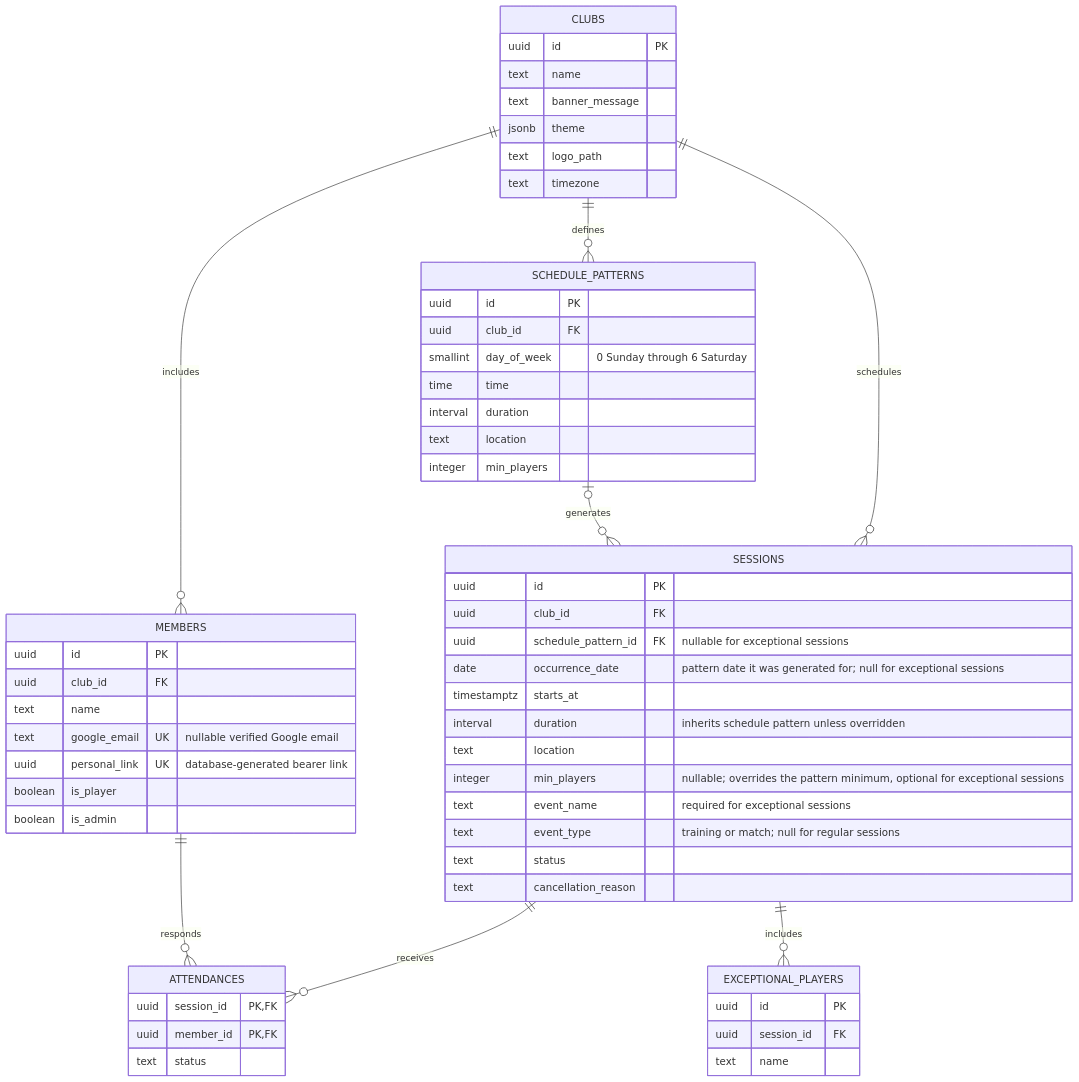
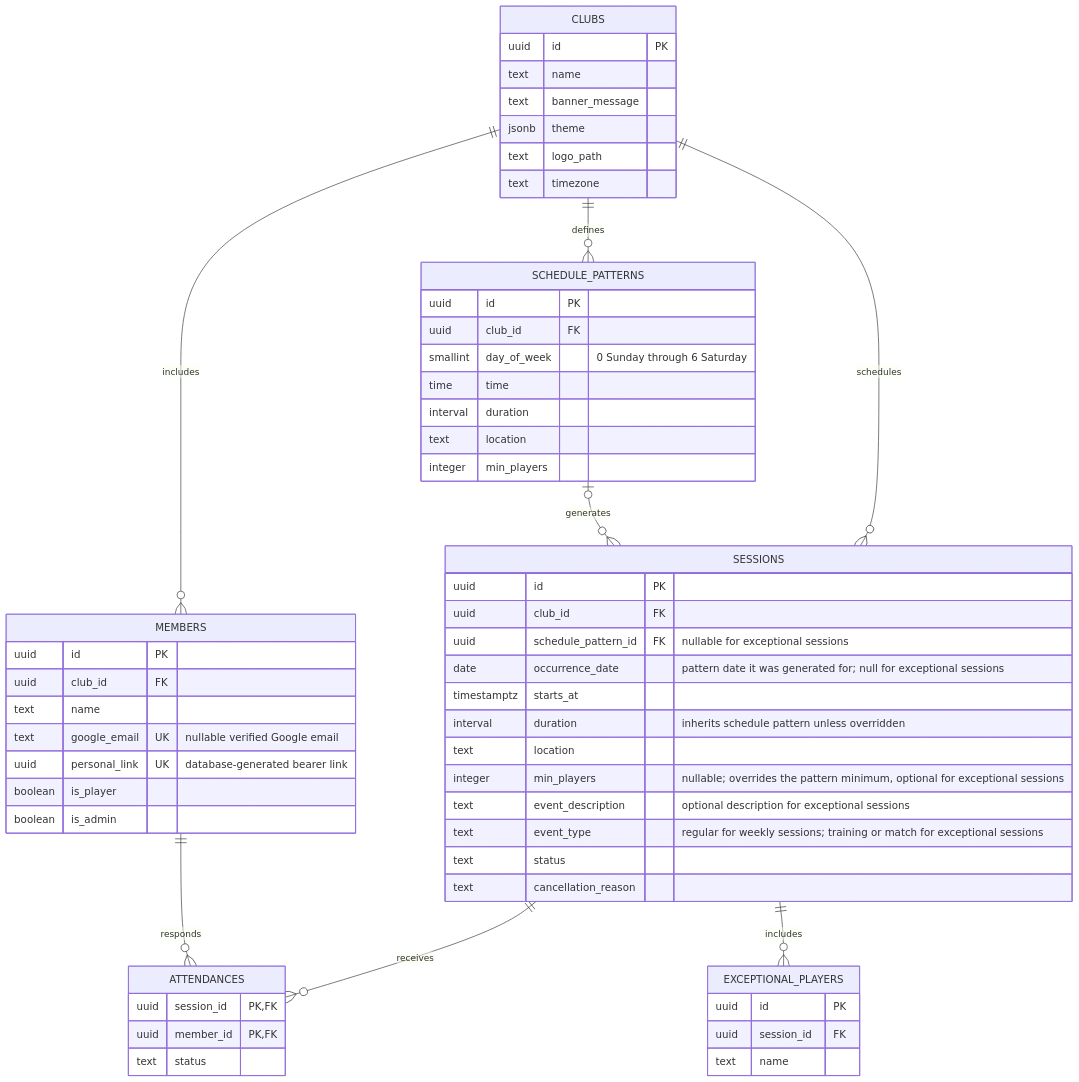
Before and after one commit to mikebarais/playcount: the diagram in documentation/PlayCount_Functional_Requirements_Final.md, drawn with Mermaid. The commit also changed other lines of this file and 8 other files, not shown here.

````diff
--- a/documentation/PlayCount_Functional_Requirements_Final.md
+++ b/documentation/PlayCount_Functional_Requirements_Final.md
@@ -192,66 +192,66 @@
 ```mermaid
 erDiagram
 	CLUBS {
 		uuid id PK
 		text name
 		text banner_message
 		jsonb theme
 		text logo_path
 		text timezone
 	}
 
 	MEMBERS {
 		uuid id PK
 		uuid club_id FK
 		text name
 		text google_email UK "nullable verified Google email"
 		uuid personal_link UK "database-generated bearer link"
 		boolean is_player
 		boolean is_admin
 	}
 
 	SCHEDULE_PATTERNS {
 		uuid id PK
 		uuid club_id FK
 		smallint day_of_week "0 Sunday through 6 Saturday"
 		time time
 		interval duration
 		text location
 		integer min_players
 	}
 
 	SESSIONS {
 		uuid id PK
 		uuid club_id FK
 		uuid schedule_pattern_id FK "nullable for exceptional sessions"
 		date occurrence_date "pattern date it was generated for; null for exceptional sessions"
 		timestamptz starts_at
 		interval duration "inherits schedule pattern unless overridden"
 		text location
 		integer min_players "nullable; overrides the pattern minimum, optional for exceptional sessions"
-		text event_name "required for exceptional sessions"
-		text event_type "training or match; null for regular sessions"
+		text event_description "optional description for exceptional sessions"
+		text event_type "regular for weekly sessions; training or match for exceptional sessions"
 		text status
 		text cancellation_reason
 	}
 
 	ATTENDANCES {
 		uuid session_id PK, FK
 		uuid member_id PK, FK
 		text status
 	}
 
 	EXCEPTIONAL_PLAYERS {
 		uuid id PK
 		uuid session_id FK
 		text name
 	}
 
 	CLUBS ||--o{ MEMBERS : includes
 	CLUBS ||--o{ SCHEDULE_PATTERNS : defines
 	SCHEDULE_PATTERNS o|--o{ SESSIONS : generates
 	CLUBS ||--o{ SESSIONS : schedules
 	SESSIONS ||--o{ ATTENDANCES : receives
 	MEMBERS ||--o{ ATTENDANCES : responds
 	SESSIONS ||--o{ EXCEPTIONAL_PLAYERS : includes
 ```
````
